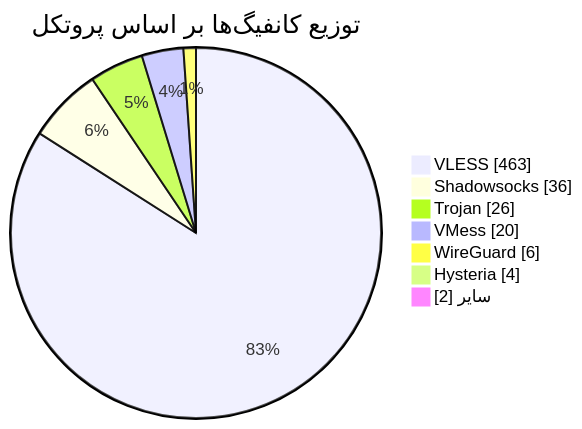
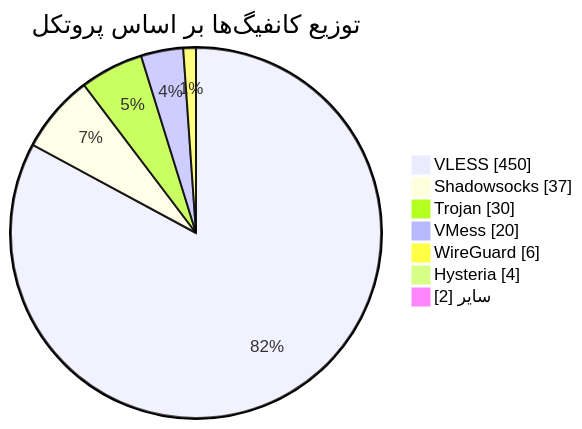
The diagram in README.md (Arian-Alijani/Somthing), drawn with Mermaid before and after one commit. The commit also changed other lines of this file and 99 other files, not shown here.

````diff
--- a/README.md
+++ b/README.md
@@ -49,11 +49,11 @@
 ```mermaid
 pie showData
     title توزیع کانفیگ‌ها بر اساس پروتکل
-    "VLESS" : 463
-    "Shadowsocks" : 36
-    "Trojan" : 26
+    "VLESS" : 450
+    "Shadowsocks" : 37
+    "Trojan" : 30
     "VMess" : 20
     "WireGuard" : 6
     "Hysteria" : 4
     "سایر" : 2
 ```
````
